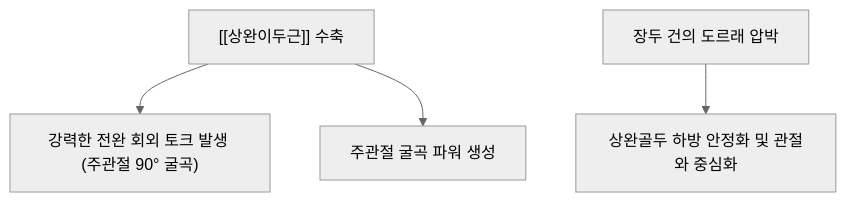
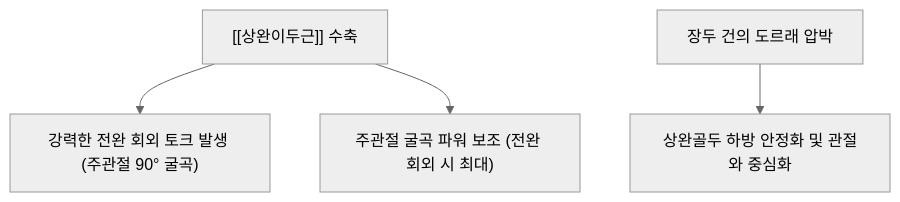
One commit to simbio11/simbio-digital-garden2 changed the second of 3 diagrams in content/1. 근골격계 공부/근육/(5) 상완부/상완이두근.md. Above: the diagram before and after it, drawn with Mermaid (neutral theme). The commit also changed other lines of this file and 150 other files, not shown here.

````diff
--- a/content/1. 근골격계 공부/근육/(5) 상완부/상완이두근.md
+++ b/content/1. 근골격계 공부/근육/(5) 상완부/상완이두근.md
@@ -58,6 +69,6 @@
 ```mermaid
 graph TD
     BicepsContraction["[[상완이두근]] 수축"] --> Supination["강력한 전완 회외 토크 발생 (주관절 90° 굴곡)"]
-    BicepsContraction --> ElbowFlex["주관절 굴곡 파워 생성"]
+    BicepsContraction --> ElbowFlex["주관절 굴곡 파워 보조 (전완 회외 시 최대)"]
     BicepsLongHead["장두 건의 도르래 압박"] --> Centration["상완골두 하방 안정화 및 관절와 중심화"]
 ```
````
